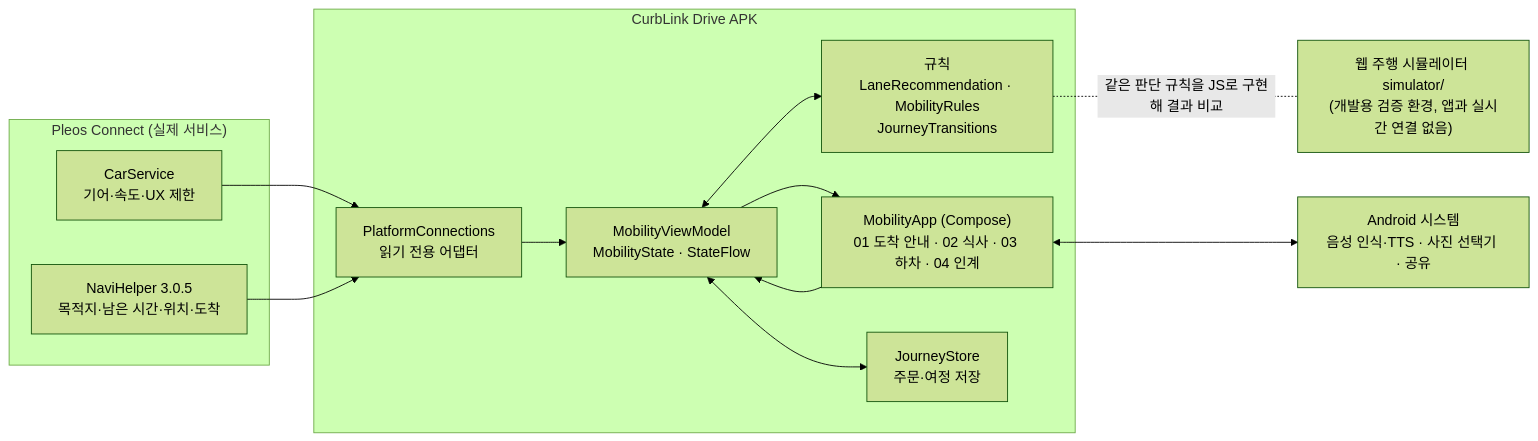
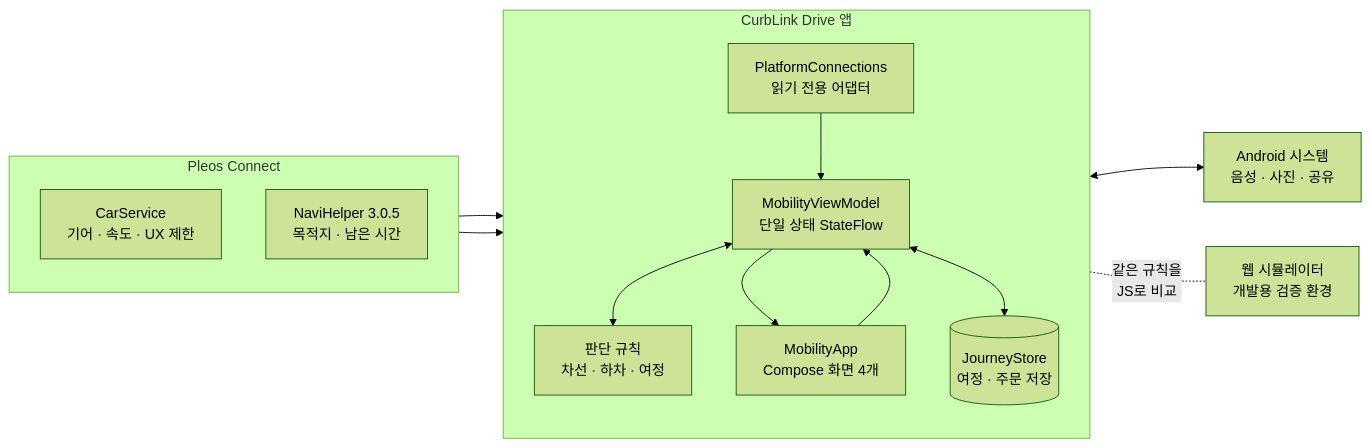
Before and after one commit to leechanghwanspace/Pleos-CurbLink: the first of 2 diagrams in docs/ARCHITECTURE.md, drawn with Mermaid (forest theme). The commit also changed other lines of this file and 1 other file, not shown here.

Commit message:
update: README·구조 문서 다이어그램 레이아웃 정리
- 라벨 줄바꿈 깨짐 수정, 큰 다이어그램을 나눠 가독성 개선
- 제목 앞 보이지 않는 문자(BOM) 제거

````diff
--- a/docs/ARCHITECTURE.md
+++ b/docs/ARCHITECTURE.md
@@ -7,25 +7,27 @@
 ```mermaid
 flowchart LR
-  subgraph Pleos["Pleos Connect (실제 서비스)"]
-    CS["CarService<br/>기어·속도·UX 제한"]
-    NV["NaviHelper 3.0.5<br/>목적지·남은 시간·위치·도착"]
+  subgraph Pleos["Pleos Connect"]
+    direction TB
+    CS["CarService<br/>기어 · 속도 · UX 제한"]
+    NV["NaviHelper 3.0.5<br/>목적지 · 남은 시간"]
   end
-  subgraph App["CurbLink Drive APK"]
+  subgraph App["CurbLink Drive 앱"]
+    direction TB
     PC["PlatformConnections<br/>읽기 전용 어댑터"]
-    VM["MobilityViewModel<br/>MobilityState · StateFlow"]
-    R["규칙<br/>LaneRecommendation · MobilityRules<br/>JourneyTransitions"]
-    UI["MobilityApp (Compose)<br/>01 도착 안내 · 02 식사 · 03 하차 · 04 인계"]
-    ST["JourneyStore<br/>주문·여정 저장"]
+    VM["MobilityViewModel<br/>단일 상태 StateFlow"]
+    R["판단 규칙<br/>차선 · 하차 · 여정"]
+    UI["MobilityApp<br/>Compose 화면 4개"]
+    ST[("JourneyStore<br/>여정 · 주문 저장")]
   end
-  SYS["Android 시스템<br/>음성 인식·TTS · 사진 선택기 · 공유"]
-  SIM["웹 주행 시뮬레이터 simulator/<br/>(개발용 검증 환경, 앱과 실시간 연결 없음)"]
+  SYS["Android 시스템<br/>음성 · 사진 · 공유"]
+  SIM["웹 시뮬레이터<br/>개발용 검증 환경"]
   CS --> PC
   NV --> PC
   PC --> VM
   VM <--> R
   VM --> UI
   UI --> VM
   VM <--> ST
   UI <--> SYS
-  R -. 같은 판단 규칙을 JS로 구현해 결과 비교 .- SIM
+  R -. "같은 규칙을<br/>JS로 비교" .- SIM
 ```
````
